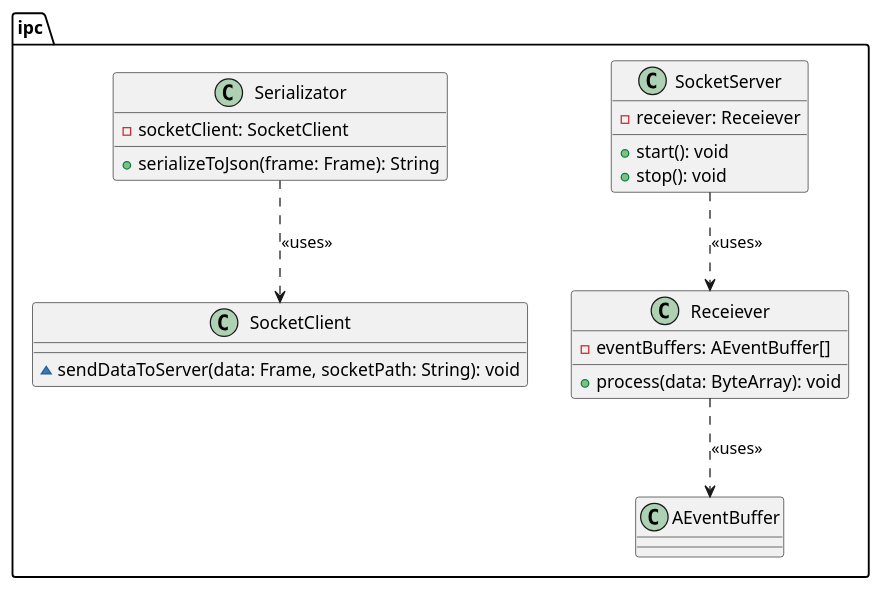
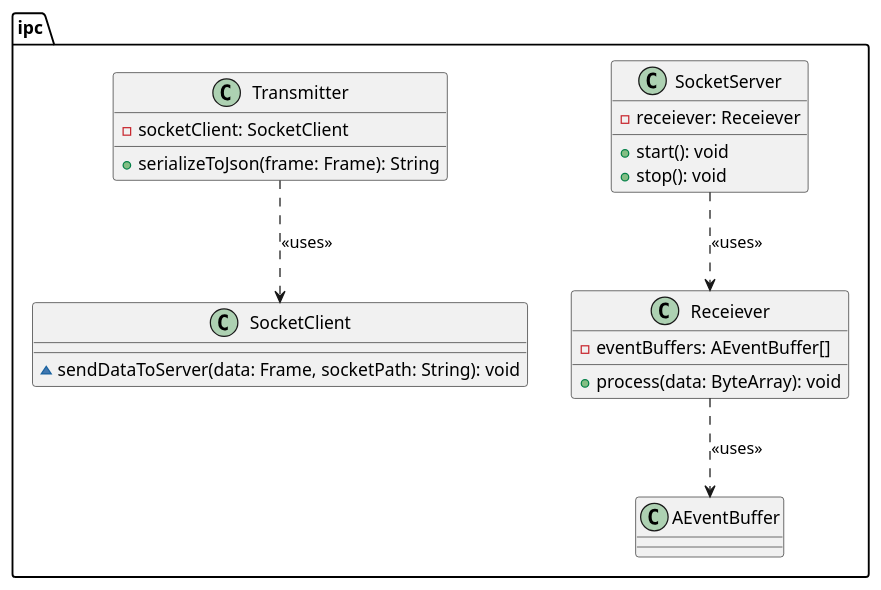
One commit to Pending-Name-21/arquitecture changed the diagram in uml/frontend-software-system/ipc.puml. Above: the diagram before and after it, drawn with PlantUML. The commit also changed 1 other file, not shown here.

Commit message:
chore: updated naming of Serializator
- This is because in the communication theory this serializator is a
  transmitter.

```diff
--- a/uml/frontend-software-system/ipc.puml
+++ b/uml/frontend-software-system/ipc.puml
@@ -1,34 +1,38 @@
 @startuml
 package ipc {
 /'
 ------------------------------
 Server
 ------------------------------
 '/
     ' The channel
     class SocketServer {
         -receiever: Receiever
         +start(): void
         +stop(): void
     }
     SocketServer ..> Receiever: <<uses>>
 
     class Receiever {
         -eventBuffers: AEventBuffer[]
         +process(data: ByteArray): void
     }
     Receiever ..> AEventBuffer: <<uses>>
 
+/'
+------------------------------
+Client
+------------------------------
+'/
     ' The channel
     class SocketClient {
         ~sendDataToServer(data: Frame, socketPath: String): void
     }
 
-    ' The transmitter
-    class Serializator {
+    class Transmitter {
         -socketClient: SocketClient
         +serializeToJson(frame: Frame): String
     }
-    Serializator ..> SocketClient: <<uses>>
+    Transmitter ..> SocketClient: <<uses>>
 }
 @enduml
```
